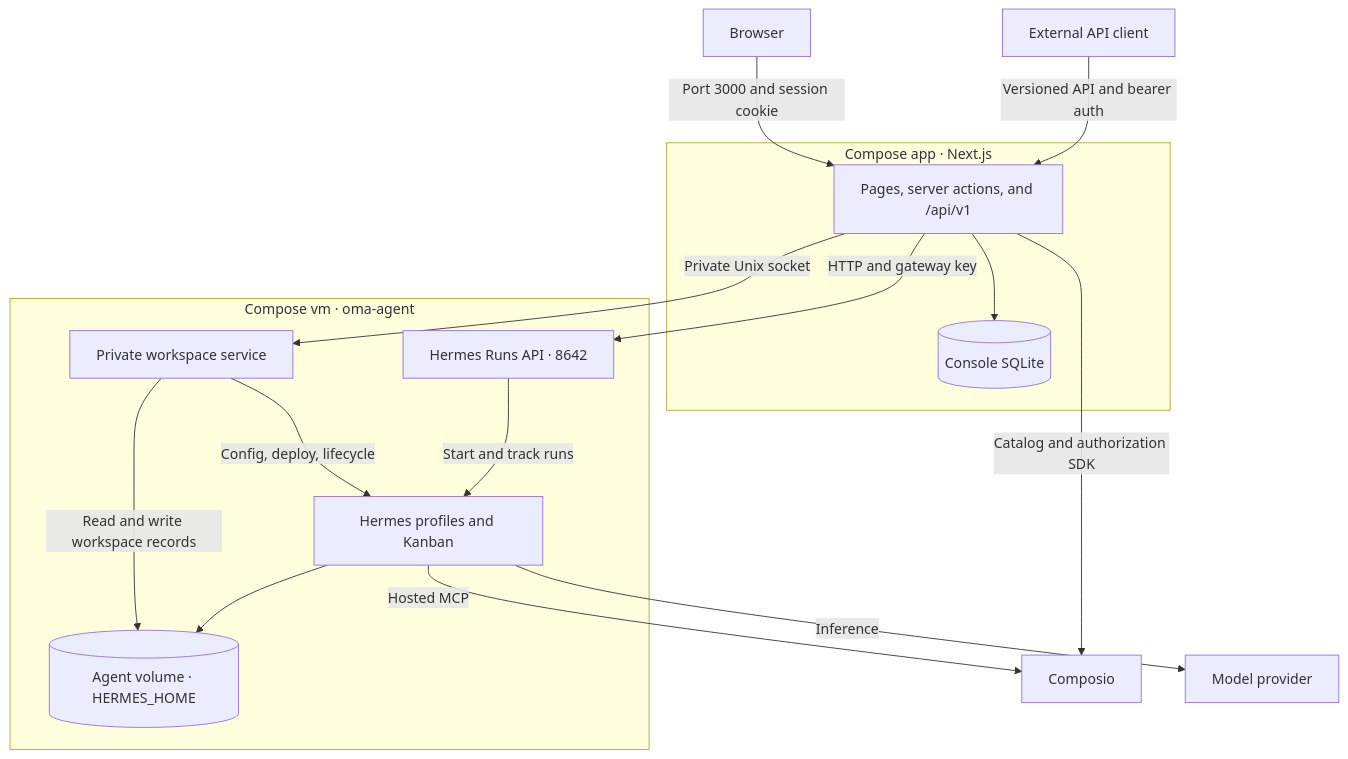
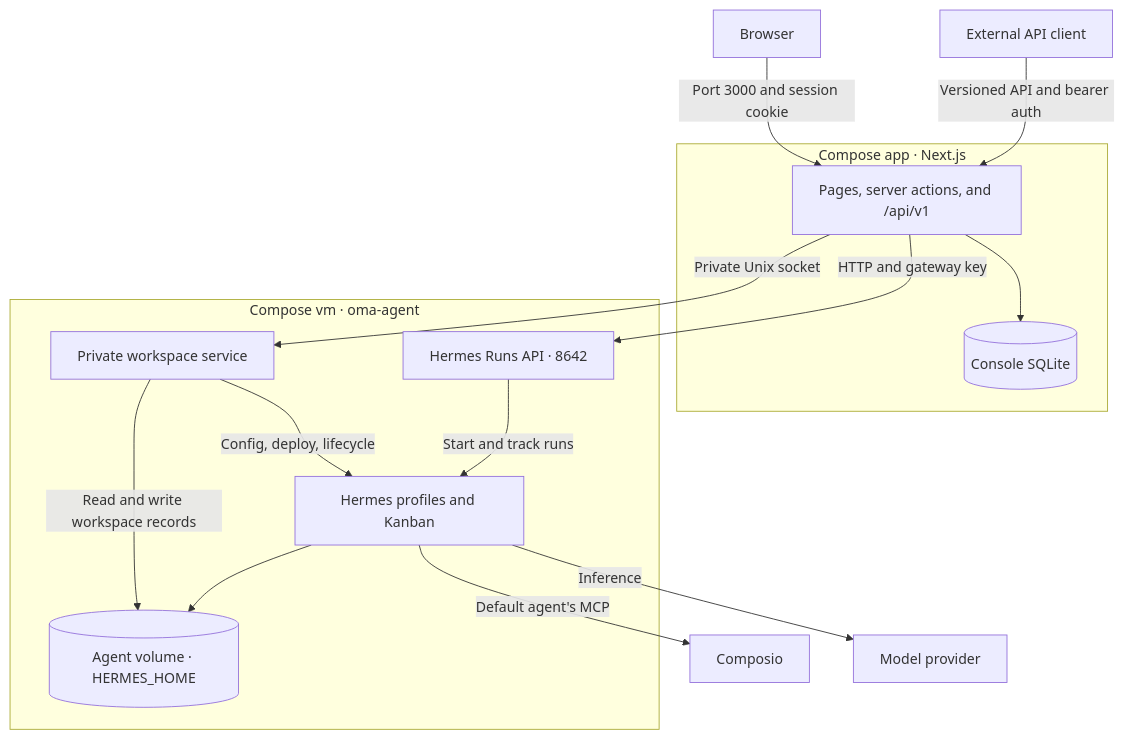
The first of 6 diagrams in docs/architecture.md (openmarketing-agency/openmarketing.agency), drawn with Mermaid before and after one commit. The commit also changed other lines of this file and 48 other files, not shown here.

First line of the commit message:
feat(console): move Composio to the default agent's MCP config

````diff
--- a/docs/architecture.md
+++ b/docs/architecture.md
@@ -17,30 +17,29 @@
 ```mermaid
 flowchart TB
     Browser["Browser"]
     Client["External API client"]
 
     subgraph App["Compose app · Next.js"]
         Next["Pages, server actions, and /api/v1"]
         DB[("Console SQLite")]
         Next --> DB
     end
 
     subgraph VM["Compose vm · oma-agent"]
         WS["Private workspace service"]
         Runs["Hermes Runs API · 8642"]
         Runtime["Hermes profiles and Kanban"]
         Data[("Agent volume · HERMES_HOME")]
         WS -->|"Config, deploy, lifecycle"| Runtime
         WS -->|"Read and write workspace records"| Data
         Runs -->|"Start and track runs"| Runtime
         Runtime --> Data
     end
 
     Browser -->|"Port 3000 and session cookie"| Next
     Client -->|"Versioned API and bearer auth"| Next
     Next -->|"Private Unix socket"| WS
     Next -->|"HTTP and gateway key"| Runs
-    Next -->|"Catalog and authorization SDK"| Composio["Composio"]
-    Runtime -->|"Hosted MCP"| Composio
+    Runtime -->|"Default agent's MCP"| Composio["Composio"]
     Runtime -->|"Inference"| Provider["Model provider"]
 ```
````
